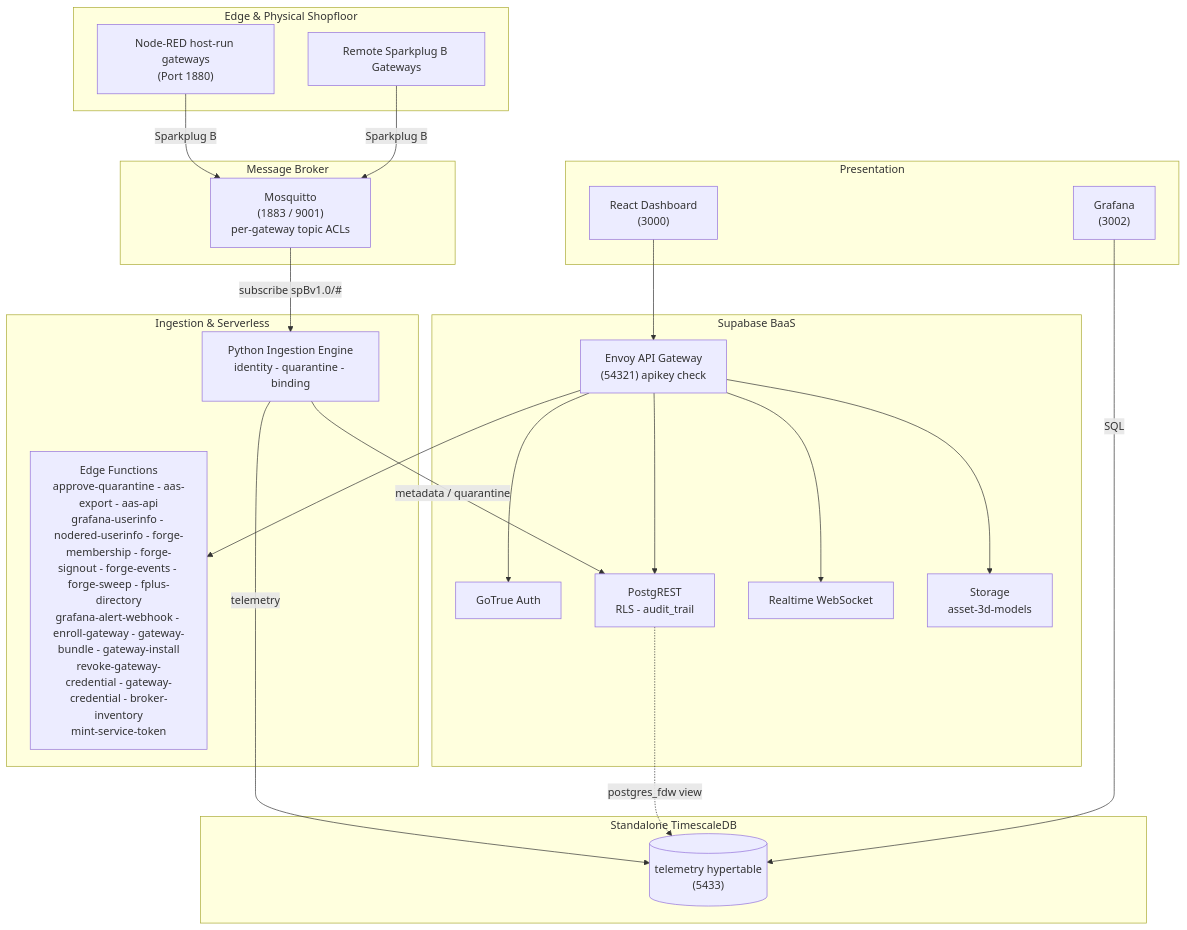
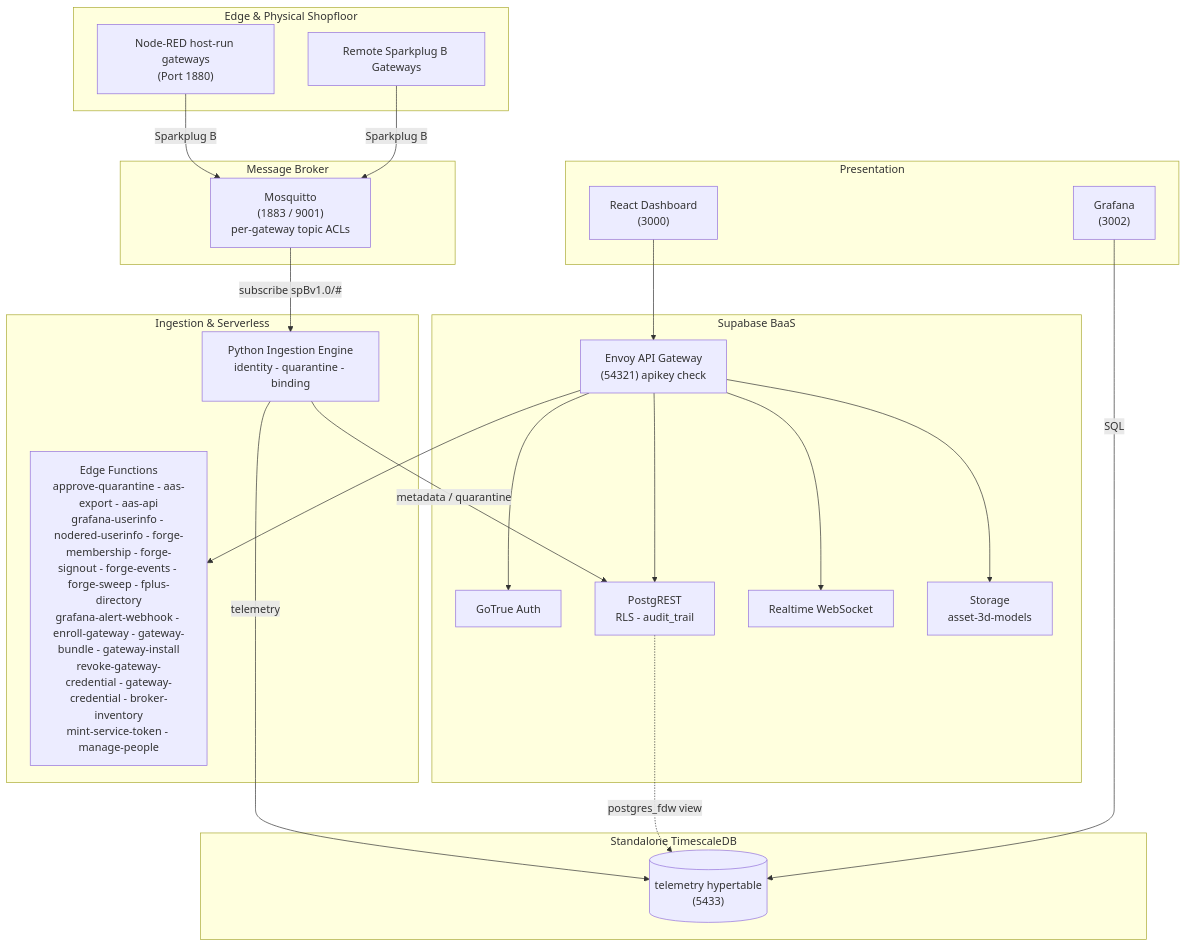
Before and after one commit to Harri-Llewelyn/Aber: the diagram in docs/architecture.md, drawn with Mermaid. The commit also changed other lines of this file and 12 other files, not shown here.

First line of the commit message:
The manage-people function adds a person, and bans or restores one, for an Administrator

````diff
--- a/docs/architecture.md
+++ b/docs/architecture.md
@@ -26,47 +26,47 @@
 ```mermaid
 flowchart TB
     subgraph Edge ["Edge & Physical Shopfloor"]
         NR["Node-RED host-run gateways<br/>(Port 1880)"]
         DEV["Remote Sparkplug B Gateways"]
     end
 
     subgraph Messaging ["Message Broker"]
         MQTT["Mosquitto<br/>(1883 / 9001)<br/>per-gateway topic ACLs"]
     end
 
     subgraph Processing ["Ingestion & Serverless"]
         ING["Python Ingestion Engine<br/>identity - quarantine - binding"]
-        EF["Edge Functions<br/>approve-quarantine - aas-export - aas-api<br/>grafana-userinfo - nodered-userinfo - forge-membership - forge-signout - forge-events - forge-sweep - fplus-directory<br/>grafana-alert-webhook - enroll-gateway - gateway-bundle - gateway-install<br/>revoke-gateway-credential - gateway-credential - broker-inventory<br/>mint-service-token"]
+        EF["Edge Functions<br/>approve-quarantine - aas-export - aas-api<br/>grafana-userinfo - nodered-userinfo - forge-membership - forge-signout - forge-events - forge-sweep - fplus-directory<br/>grafana-alert-webhook - enroll-gateway - gateway-bundle - gateway-install<br/>revoke-gateway-credential - gateway-credential - broker-inventory<br/>mint-service-token - manage-people"]
     end
 
     subgraph Supabase ["Supabase BaaS"]
         GW["Envoy API Gateway<br/>(54321) apikey check"]
         AUTH["GoTrue Auth"]
         PGRST["PostgREST<br/>RLS - audit_trail"]
         RT["Realtime WebSocket"]
         STO["Storage<br/>asset-3d-models"]
     end
 
     subgraph TSDB ["Standalone TimescaleDB"]
         TS[("telemetry hypertable<br/>(5433)")]
     end
 
     subgraph UX ["Presentation"]
         UI["React Dashboard<br/>(3000)"]
         GRAF["Grafana<br/>(3002)"]
     end
 
     NR -->|Sparkplug B| MQTT
     DEV -->|Sparkplug B| MQTT
     MQTT -->|subscribe spBv1.0/#| ING
     ING -->|metadata / quarantine| PGRST
     ING -->|telemetry| TS
     UI --> GW
     GW --> AUTH
     GW --> PGRST
     GW --> RT
     GW --> STO
     GW --> EF
     PGRST -.->|postgres_fdw view| TS
     GRAF -->|SQL| TS
 ```
````
